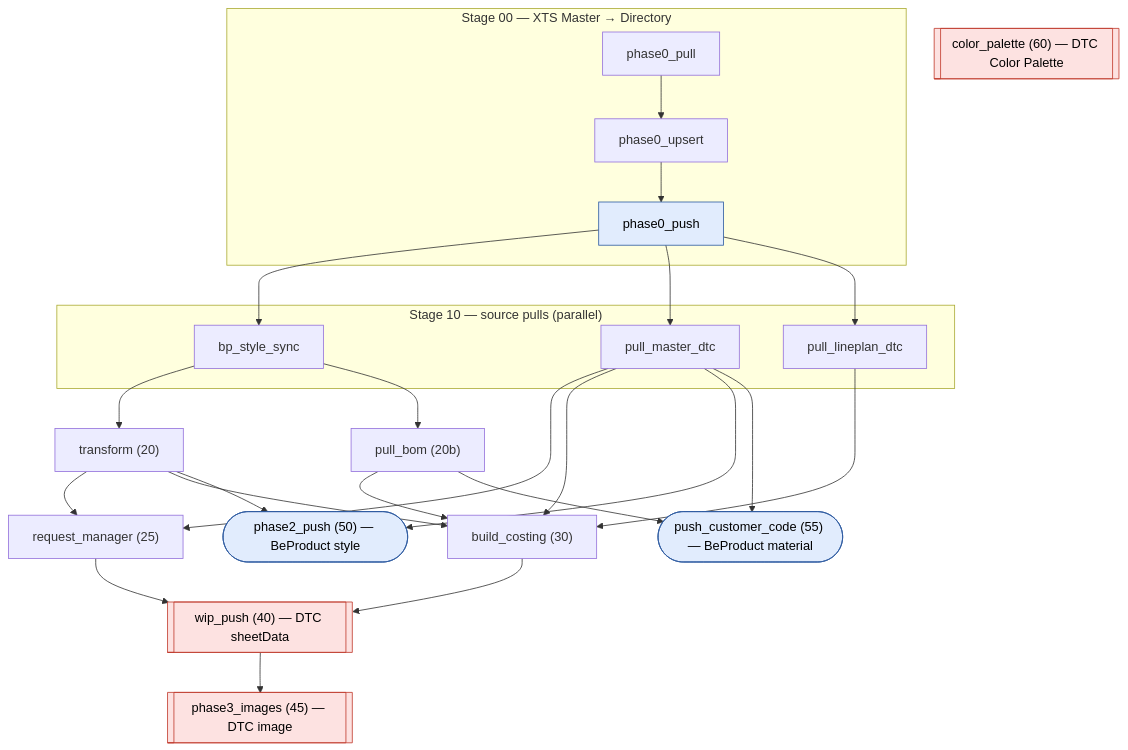
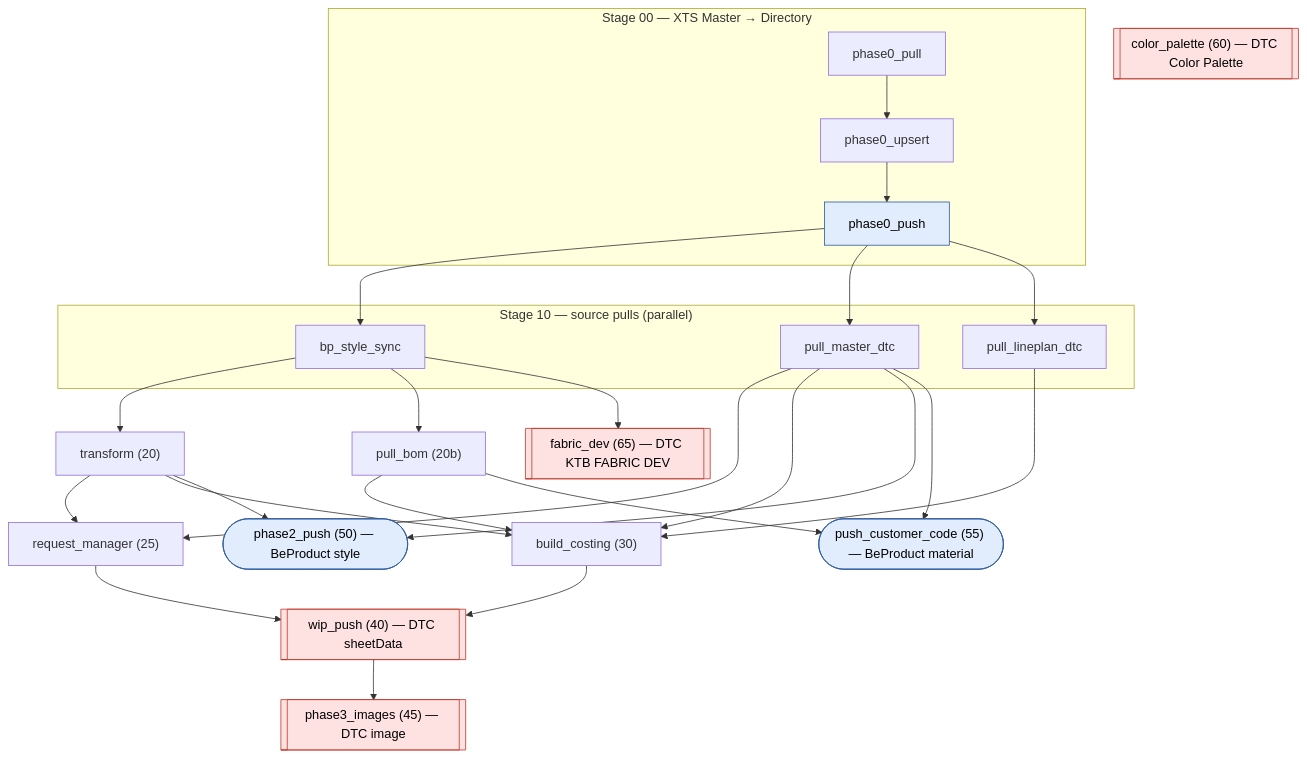
Before and after one commit to aukei/beproduct-databricks-sync: the first of 3 diagrams in docs/PIPELINE.md, drawn with Mermaid. The commit also changed other lines of this file and 10 other files, not shown here.

Commit message:
add sync to fabric dev chart

````diff
--- a/docs/PIPELINE.md
+++ b/docs/PIPELINE.md
@@ -103,33 +103,34 @@
 ```mermaid
 flowchart TD
     subgraph S00["Stage 00 — XTS Master → Directory"]
         p0_pull[phase0_pull] --> p0_upsert[phase0_upsert] --> p0_push[phase0_push]
     end
     subgraph S10["Stage 10 — source pulls (parallel)"]
         bp_style_sync[bp_style_sync]
         pull_master_dtc[pull_master_dtc]
         pull_lineplan_dtc[pull_lineplan_dtc]
     end
     p0_push --> bp_style_sync & pull_master_dtc & pull_lineplan_dtc
 
     bp_style_sync --> transform["transform (20)"]
     bp_style_sync --> pull_bom["pull_bom (20b)"]
 
     transform --> request_manager["request_manager (25)"]
     pull_master_dtc --> request_manager
 
     transform & pull_bom & pull_master_dtc & pull_lineplan_dtc --> build_costing["build_costing (30)"]
 
     request_manager & build_costing --> wip_push[["wip_push (40) — DTC sheetData"]]
     wip_push --> phase3_images[["phase3_images (45) — DTC image"]]
 
     transform & pull_master_dtc --> phase2_push(["phase2_push (50) — BeProduct style"])
     pull_bom & pull_master_dtc --> push_customer_code(["push_customer_code (55) — BeProduct material"])
 
     color_palette[["color_palette (60) — DTC Color Palette"]]
+    bp_style_sync --> fabric_dev[["fabric_dev (65) — DTC KTB FABRIC DEV"]]
 
     classDef dtc fill:#fde2e1,stroke:#c0392b,color:#000
     classDef bp fill:#e1ecfd,stroke:#2c5aa0,color:#000
-    class wip_push,phase3_images,color_palette dtc
+    class wip_push,phase3_images,color_palette,fabric_dev dtc
     class p0_push,phase2_push,push_customer_code bp
 ```
````
